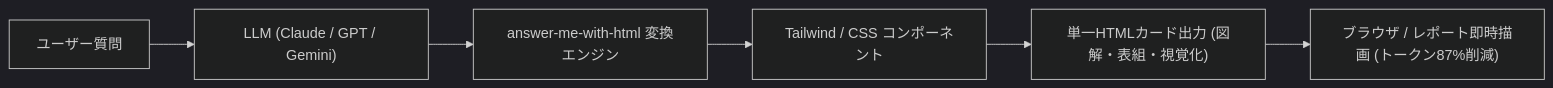
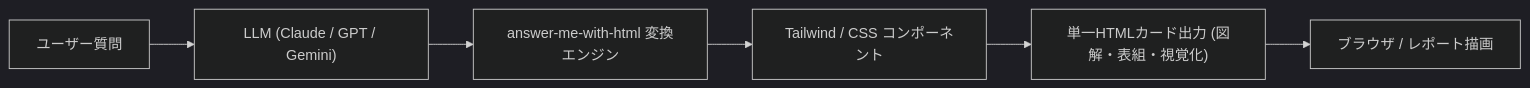
One commit to ssk0224/auto-tech-radar changed the diagram in src/pages/radar/answer-me-with-html.md. Above: the diagram before and after it, drawn with Mermaid (dark theme). The commit also changed other lines of this file and 298 other files, not shown here.

````diff
--- a/src/pages/radar/answer-me-with-html.md
+++ b/src/pages/radar/answer-me-with-html.md
@@ -33,8 +39,8 @@
 ```mermaid
 flowchart LR
     User["ユーザー質問"] --> LLM["LLM (Claude / GPT / Gemini)"]
     LLM --> AMWH["answer-me-with-html 変換エンジン"]
     AMWH --> Template["Tailwind / CSS コンポーネント"]
     Template --> SingleHTML["単一HTMLカード出力 (図解・表組・視覚化)"]
-    SingleHTML --> View["ブラウザ / レポート即時描画 (トークン87%削減)"]
+    SingleHTML --> View["ブラウザ / レポート描画"]
 ```
````
